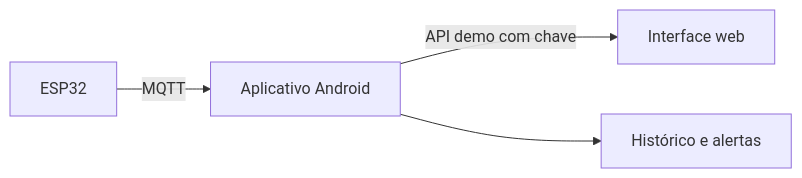
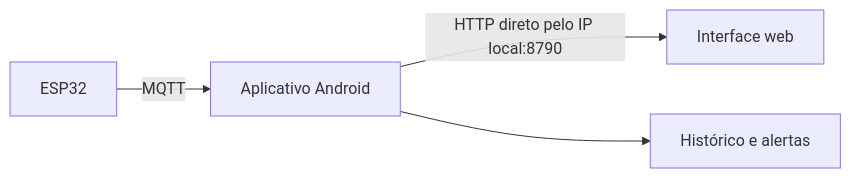
Before and after one commit to ThHSzR/winterhold: the diagram in docs/PLANO_WEB.md, drawn with Mermaid. The commit also changed other lines of this file and 16 other files, not shown here.

Commit message:
feat(android): central demo persistente com acesso direto pela rede local

````diff
--- a/docs/PLANO_WEB.md
+++ b/docs/PLANO_WEB.md
@@ -7,6 +7,6 @@
 ```mermaid
 flowchart LR
   S["ESP32"] -->|MQTT| C["Aplicativo Android"]
-  C -->|API demo com chave| W["Interface web"]
+  C -->|HTTP direto pelo IP local:8790| W["Interface web"]
   C --> H["Histórico e alertas"]
 ```
````
